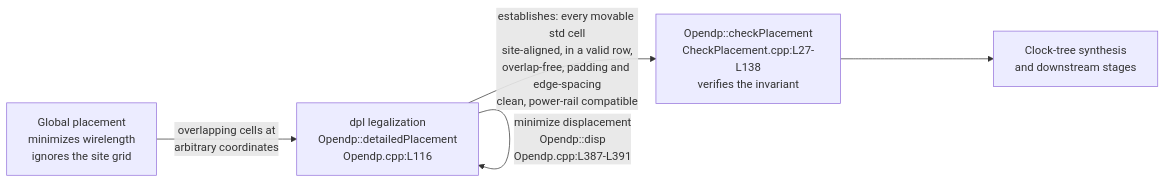
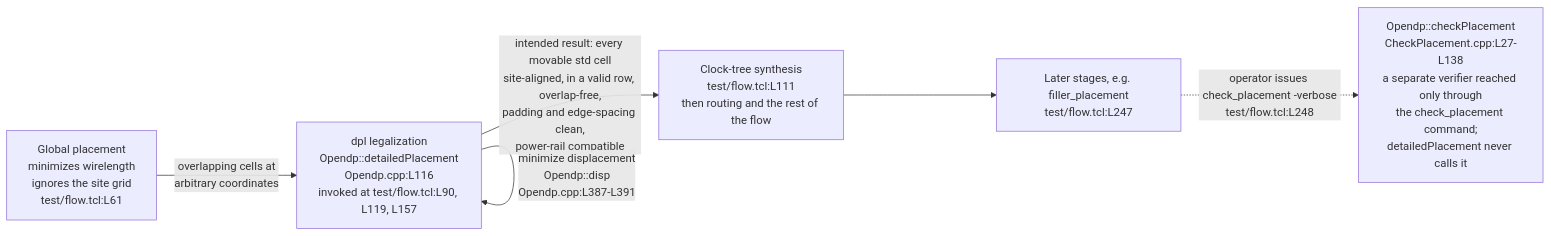
The first of 8 diagrams in src/dpl/doc/LegalizationAlgorithm.md (blitzy-research/OpenROAD), drawn with Mermaid before and after one commit. The commit also changed other lines of this file and 5 other files, not shown here.

First line of the commit message:
docs(dpl): document the detailed placement legalization algorithm

````diff
--- a/src/dpl/doc/LegalizationAlgorithm.md
+++ b/src/dpl/doc/LegalizationAlgorithm.md
@@ -114,12 +122,14 @@
 ```mermaid
 flowchart LR
-    GP["Global placement<br/>minimizes wirelength<br/>ignores the site grid"]
-    DPL["dpl legalization<br/>Opendp::detailedPlacement<br/>Opendp.cpp:L116"]
-    CHK["Opendp::checkPlacement<br/>CheckPlacement.cpp:L27-L138<br/>verifies the invariant"]
-    CTS["Clock-tree synthesis<br/>and downstream stages"]
+    GP["Global placement<br/>minimizes wirelength<br/>ignores the site grid<br/>test/flow.tcl:L61"]
+    DPL["dpl legalization<br/>Opendp::detailedPlacement<br/>Opendp.cpp:L116<br/>invoked at test/flow.tcl:L90, L119, L157"]
+    CTS["Clock-tree synthesis<br/>test/flow.tcl:L111<br/>then routing and the rest of the flow"]
+    LATE["Later stages, e.g. filler_placement<br/>test/flow.tcl:L247"]
+    CHK["Opendp::checkPlacement<br/>CheckPlacement.cpp:L27-L138<br/>a separate verifier reached only through<br/>the check_placement command;<br/>detailedPlacement never calls it"]
 
     GP -->|"overlapping cells at<br/>arbitrary coordinates"| DPL
-    DPL -->|"establishes: every movable std cell<br/>site-aligned, in a valid row,<br/>overlap-free, padding and edge-spacing<br/>clean, power-rail compatible"| CHK
-    CHK --> CTS
+    DPL -->|"intended result: every movable std cell<br/>site-aligned, in a valid row, overlap-free,<br/>padding and edge-spacing clean,<br/>power-rail compatible"| CTS
+    CTS --> LATE
+    LATE -. "operator issues check_placement -verbose<br/>test/flow.tcl:L248" .-> CHK
     DPL -->|"minimize displacement<br/>Opendp::disp<br/>Opendp.cpp:L387-L391"| DPL
 ```
````
